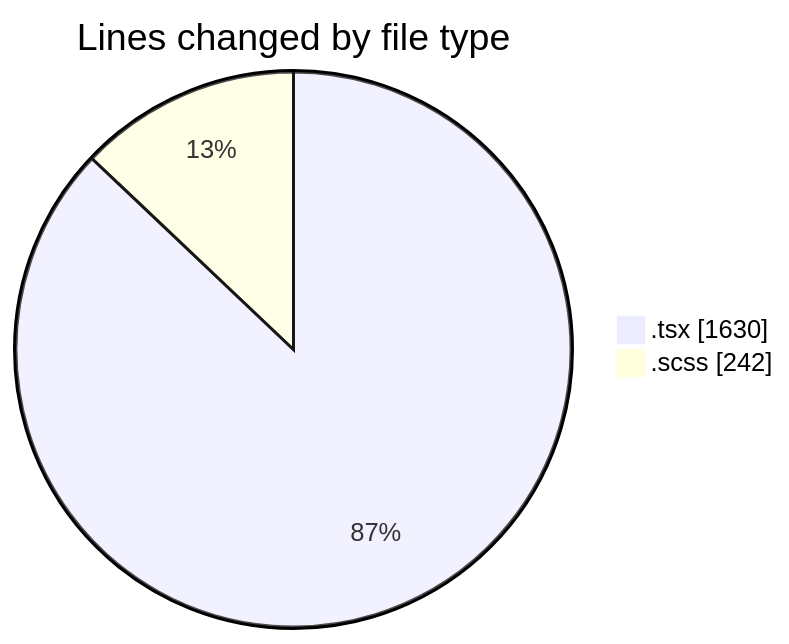
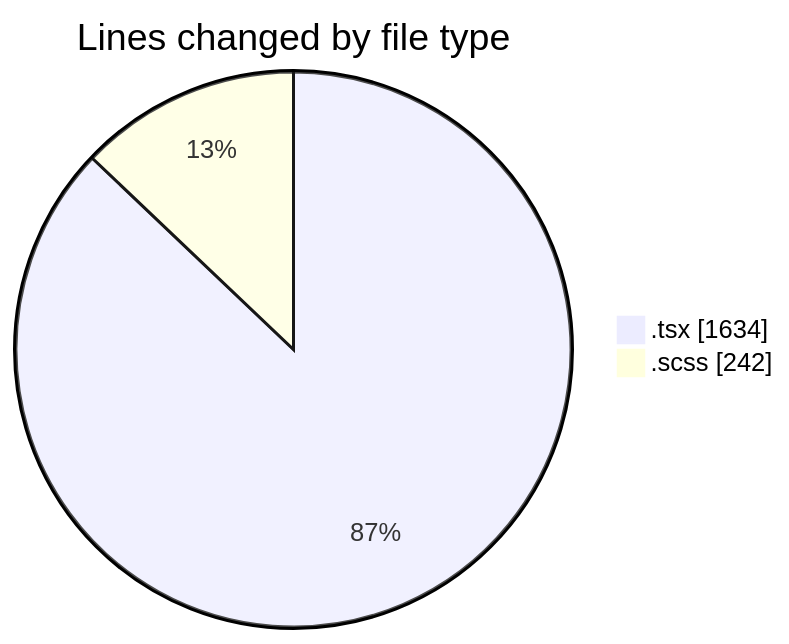
Before and after one commit to momahboobian/code-tracking: the first of 2 diagrams in 2025-07-03/cda/README.md, drawn with Mermaid. The commit also changed other lines of this file and 1 other file, not shown here.

````diff
--- a/2025-07-03/cda/README.md
+++ b/2025-07-03/cda/README.md
@@ -28,6 +28,6 @@
 ```mermaid
 pie showData
 title Lines changed by file type
-".tsx" : 1630
+".tsx" : 1634
 ".scss" : 242
 ```
````
